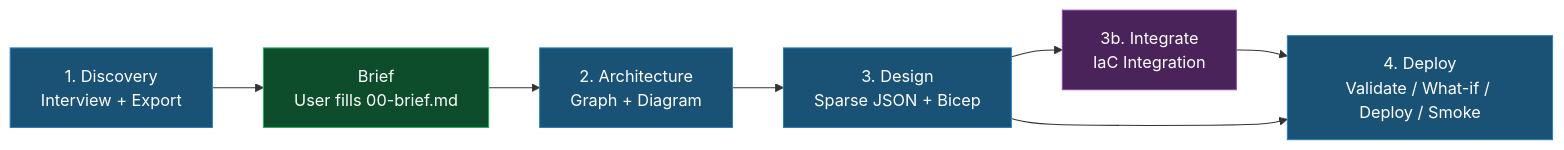
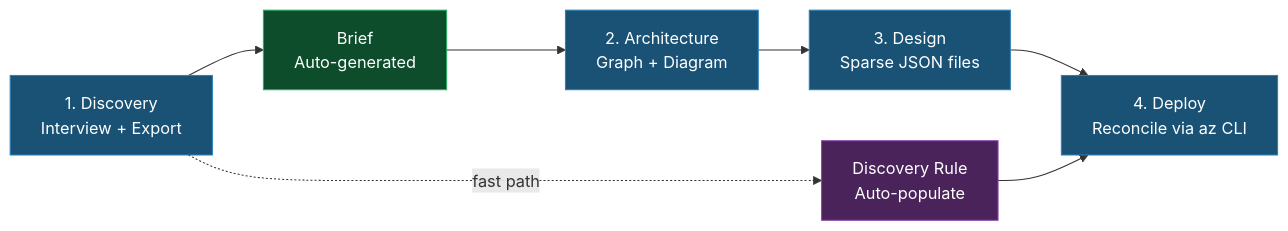
The diagram in skills/healthmodel-orchestrator/SKILL.md (abossard/azure-healthmodel-skills), drawn with Mermaid before and after one commit. The commit also changed other lines of this file and 30 other files, not shown here.

````diff
--- a/skills/healthmodel-orchestrator/SKILL.md
+++ b/skills/healthmodel-orchestrator/SKILL.md
@@ -45,12 +48,12 @@
 ```mermaid
 graph LR
   classDef phase fill:#1a5276,stroke:#2980b9,color:#fff
   classDef check fill:#0e4d2c,stroke:#27ae60,color:#fff
   classDef optional fill:#4a235a,stroke:#8e44ad,color:#fff
-  D[1. Discovery<br/>Interview + Export]:::phase --> B[Brief<br/>User fills 00-brief.md]:::check
+  D[1. Discovery<br/>Interview + Export]:::phase --> B[Brief<br/>Auto-generated]:::check
   B --> A[2. Architecture<br/>Graph + Diagram]:::phase
-  A --> S[3. Design<br/>Sparse JSON + Bicep]:::phase
-  S --> I[3b. Integrate<br/>IaC Integration]:::optional
-  I --> P[4. Deploy<br/>Validate / What-if / Deploy / Smoke]:::phase
-  S --> P
+  A --> S[3. Design<br/>Sparse JSON files]:::phase
+  S --> P[4. Deploy<br/>Reconcile via az CLI]:::phase
+  D -.fast path.-> F[Discovery Rule<br/>Auto-populate]:::optional
+  F --> P
 ```
````
